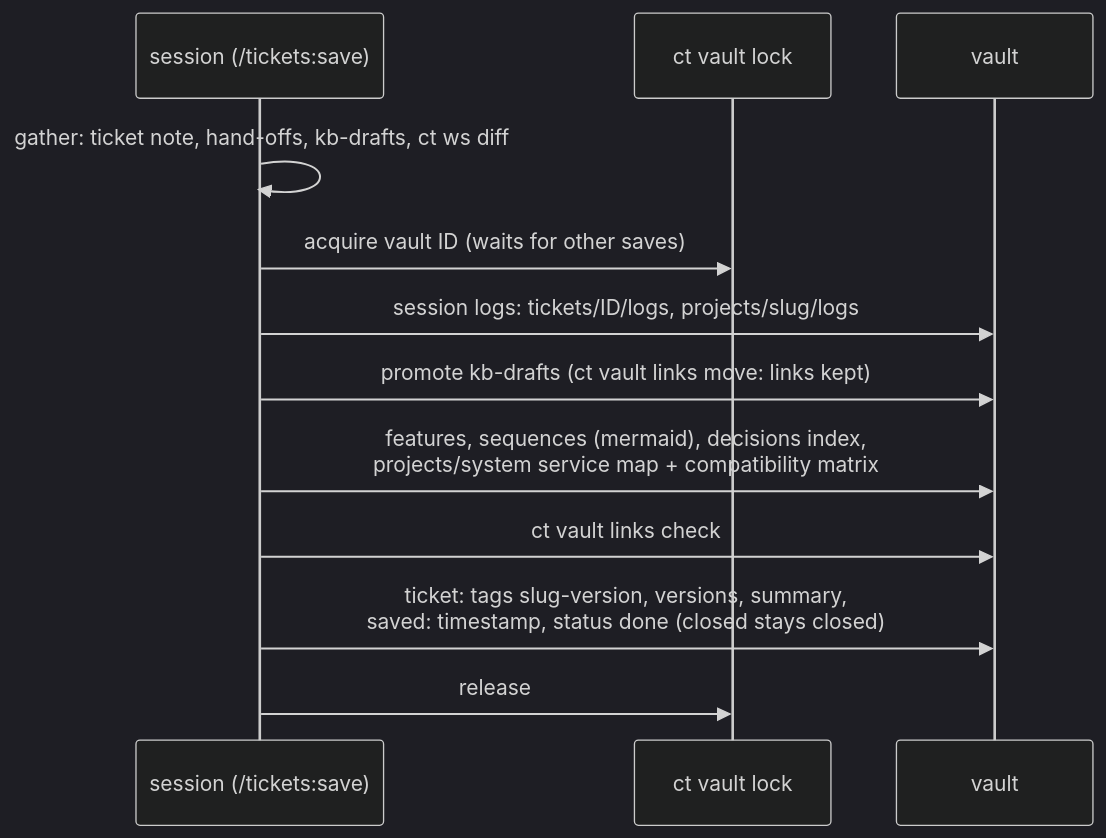
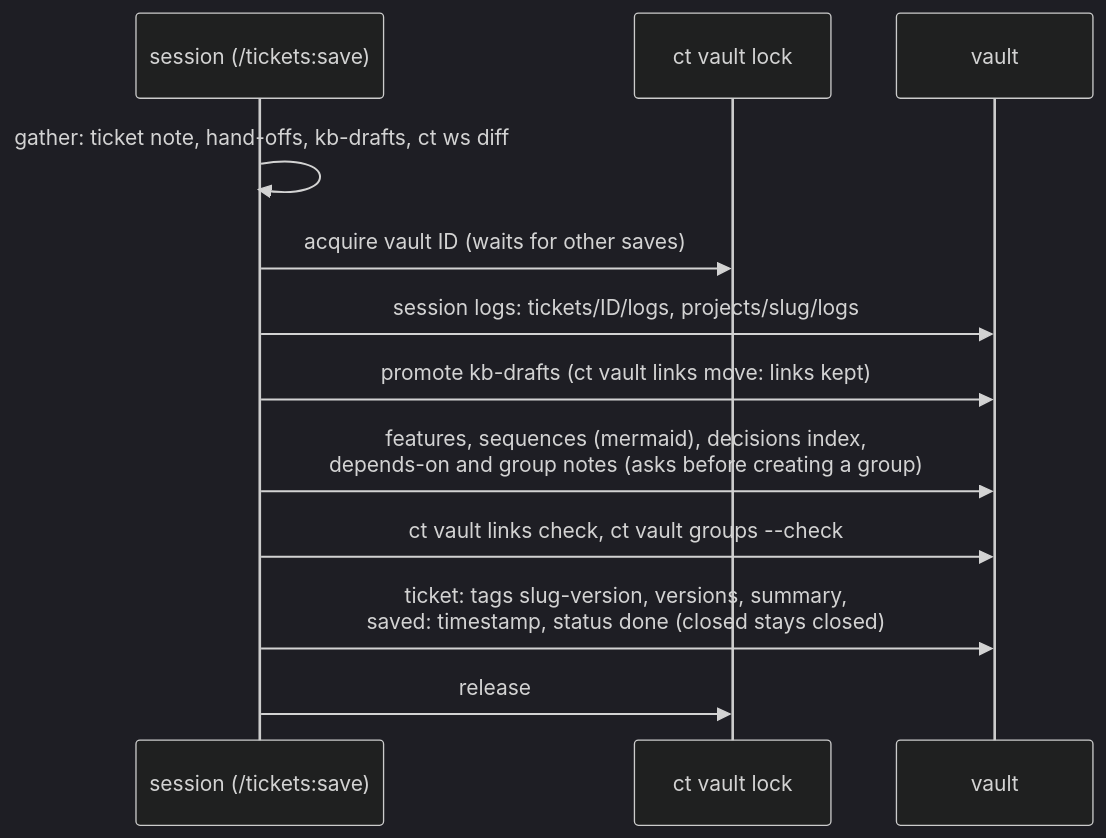
One commit to zero4573/claude-tickets changed the fourth of 6 diagrams in README.md. Above: the diagram before and after it, drawn with Mermaid (dark theme). The commit also changed other lines of this file, not shown here.

First line of the commit message:
MAN-6 README: projects and groups instead of one system

````diff
--- a/README.md
+++ b/README.md
@@ -391,14 +406,14 @@
 ```mermaid
 sequenceDiagram
   participant S as session (/tickets:save)
   participant L as ct vault lock
   participant V as vault
   S->>S: gather: ticket note, hand-offs, kb-drafts, ct ws diff
   S->>L: acquire vault ID (waits for other saves)
   S->>V: session logs: tickets/ID/logs, projects/slug/logs
   S->>V: promote kb-drafts (ct vault links move: links kept)
-  S->>V: features, sequences (mermaid), decisions index,<br/>projects/system service map + compatibility matrix
-  S->>V: ct vault links check
+  S->>V: features, sequences (mermaid), decisions index,<br/>depends-on and group notes (asks before creating a group)
+  S->>V: ct vault links check, ct vault groups --check
   S->>V: ticket: tags slug-version, versions, summary,<br/>saved: timestamp, status done (closed stays closed)
   S->>L: release
 ```
````
